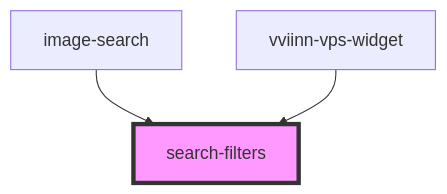
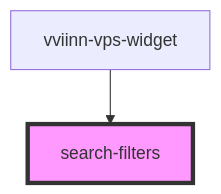
The diagram in src/components/image-search/search-filters/readme.md (vviinn/widgets), drawn with Mermaid before and after one commit. The commit also changed other lines of this file and 8 other files, not shown here.

````diff
--- a/src/components/image-search/search-filters/readme.md
+++ b/src/components/image-search/search-filters/readme.md
@@ -37,6 +36,5 @@
 ```mermaid
 graph TD;
-  image-search --> search-filters
   vviinn-vps-widget --> search-filters
   style search-filters fill:#f9f,stroke:#333,stroke-width:4px
 ```
````
